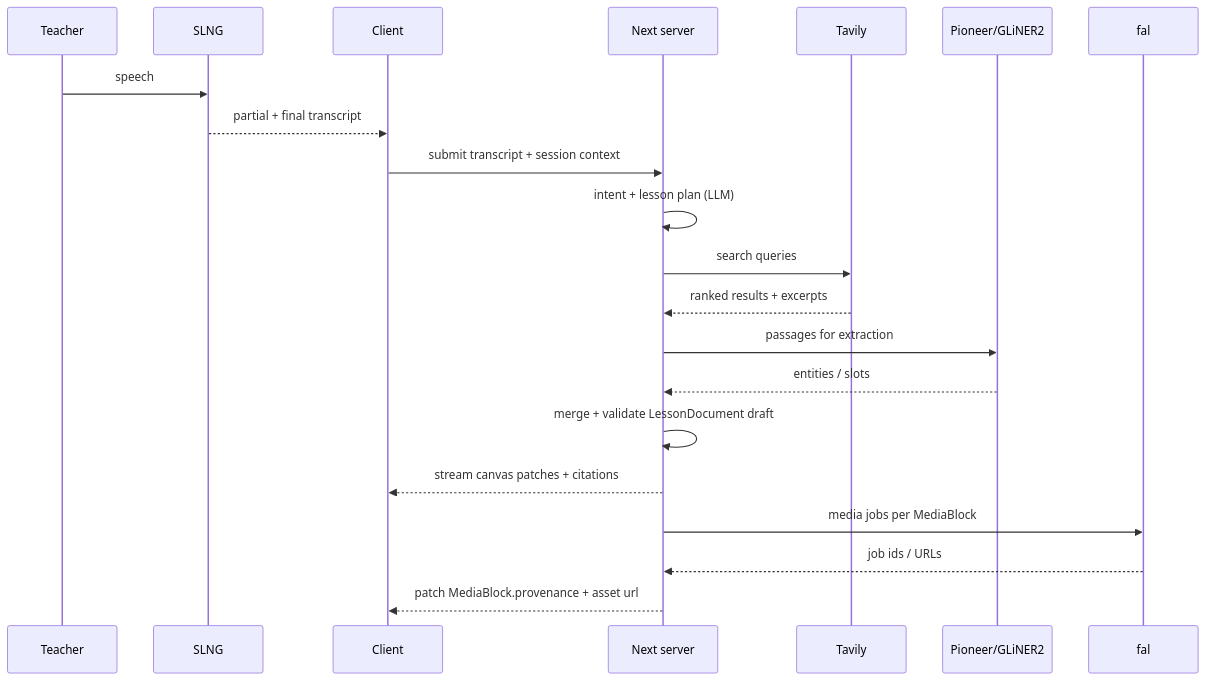
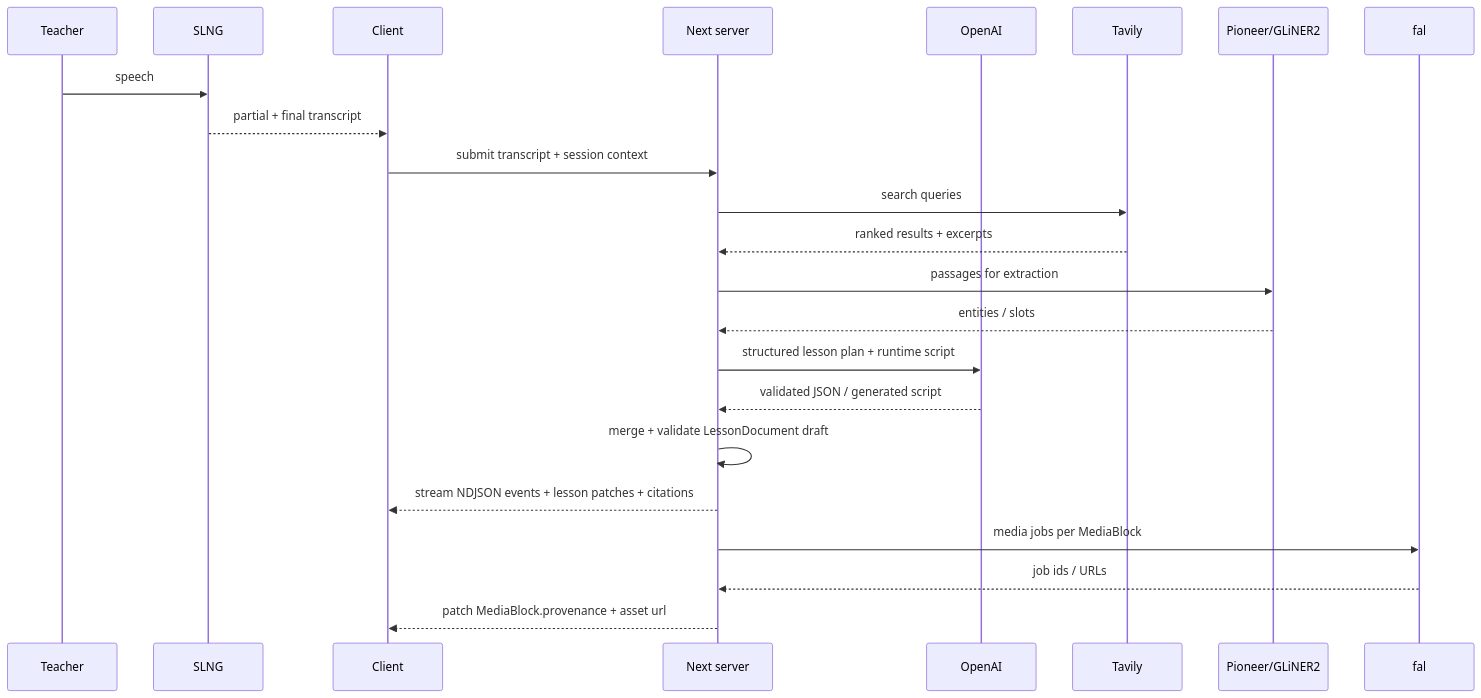
The second of 5 diagrams in docs/PROJECT.md (tihado/lumen), drawn with Mermaid before and after one commit. The commit also changed other lines of this file and 4 other files, not shown here.

````diff
--- a/docs/PROJECT.md
+++ b/docs/PROJECT.md
@@ -326,24 +334,26 @@
 ```mermaid
 sequenceDiagram
   participant T as Teacher
   participant SL as SLNG
   participant C as Client
   participant S as Next server
+  participant OA as OpenAI
   participant TV as Tavily
   participant PI as Pioneer/GLiNER2
   participant FA as fal
 
   T->>SL: speech
   SL-->>C: partial + final transcript
   C->>S: submit transcript + session context
-  S->>S: intent + lesson plan (LLM)
   S->>TV: search queries
   TV-->>S: ranked results + excerpts
   S->>PI: passages for extraction
   PI-->>S: entities / slots
+  S->>OA: structured lesson plan + runtime script
+  OA-->>S: validated JSON / generated script
   S->>S: merge + validate LessonDocument draft
-  S-->>C: stream canvas patches + citations
+  S-->>C: stream NDJSON events + lesson patches + citations
   S->>FA: media jobs per MediaBlock
   FA-->>S: job ids / URLs
   S-->>C: patch MediaBlock.provenance + asset url
 ```
````
